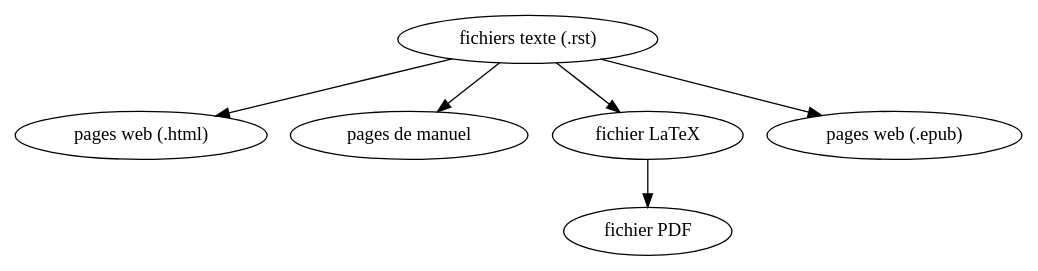
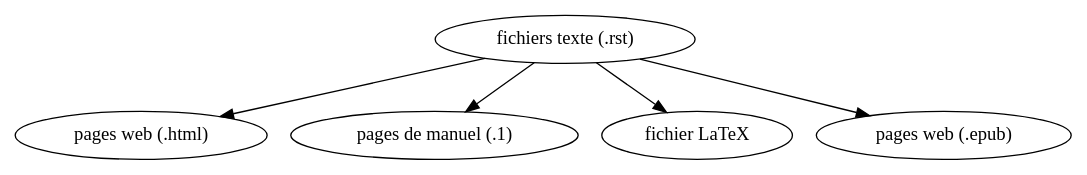
The first of 5 diagrams in graph.rst (Naereen/web-sphinx), drawn with Graphviz before and after one commit. The commit also changed other lines of this file and 1 other file, not shown here.

```diff
--- a/graph.rst
+++ b/graph.rst
@@ -33,8 +33,8 @@
 .. graphviz::
 
    digraph Sphinx {
       "fichiers texte (.rst)" -> "pages web (.html)";
-      "fichiers texte (.rst)" -> "pages de manuel";
-      "fichiers texte (.rst)" -> "fichier LaTeX" -> "fichier PDF";
+      "fichiers texte (.rst)" -> "pages de manuel (.1)";
+      "fichiers texte (.rst)" -> "fichier LaTeX";
       "fichiers texte (.rst)" -> "pages web (.epub)";
    }
```
